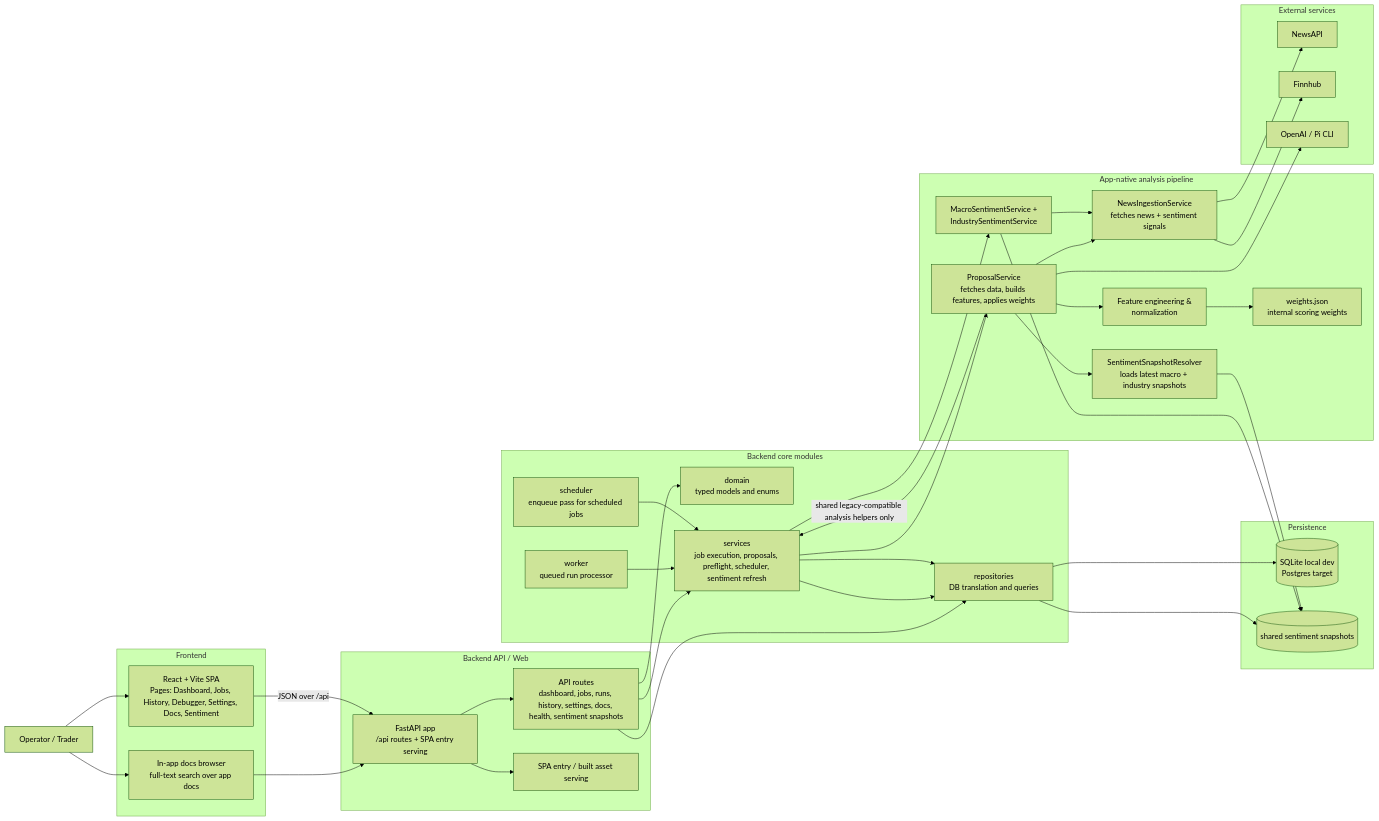
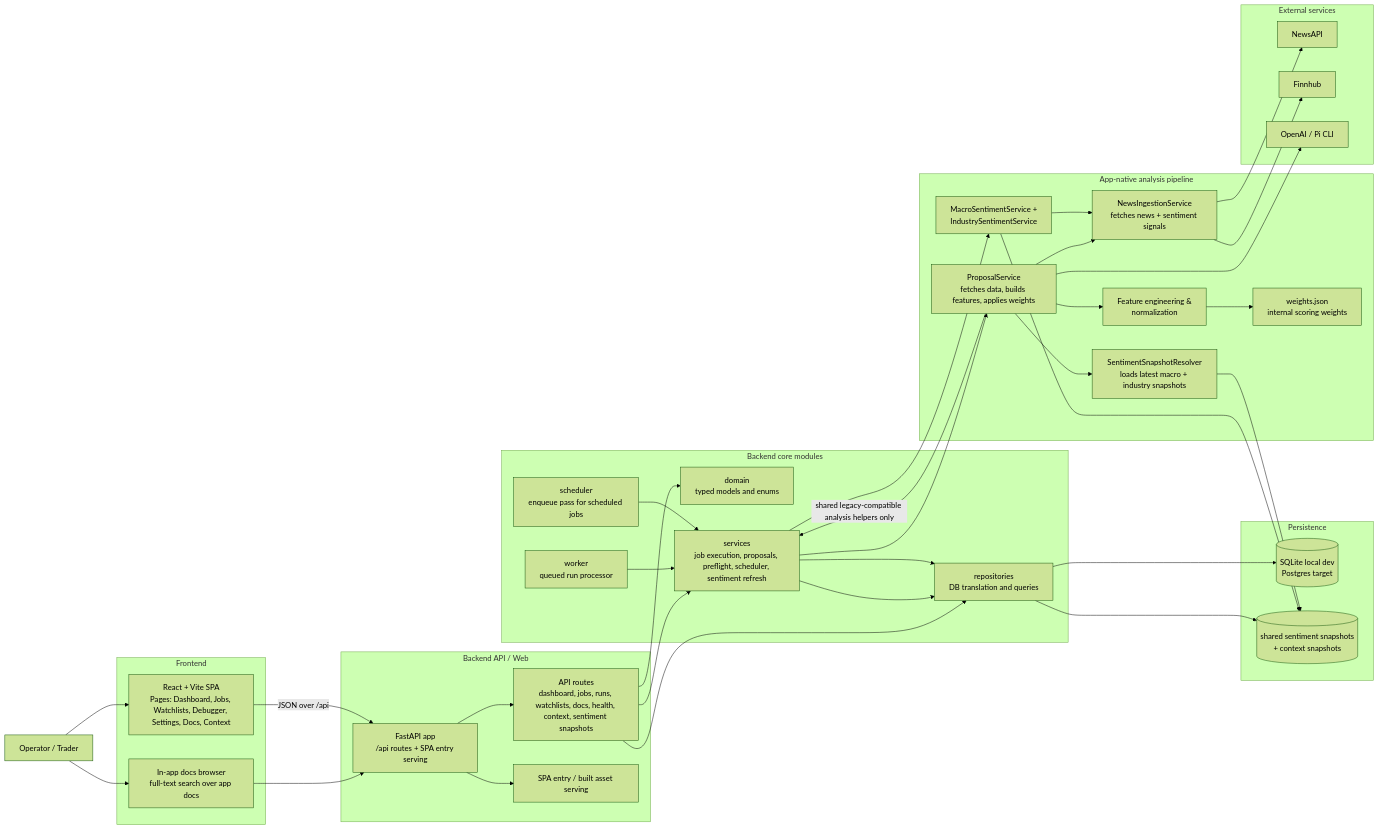
One commit to NLK511/essepoitenepenti changed the diagram in docs/architecture.md. Above: the diagram before and after it, drawn with Mermaid (forest theme). The commit also changed other lines of this file and 7 other files, not shown here.

````diff
--- a/docs/architecture.md
+++ b/docs/architecture.md
@@ -35,76 +36,76 @@
 ```mermaid
 flowchart LR
     User[Operator / Trader]
 
     subgraph Frontend[Frontend]
-        SPA[React + Vite SPA\nPages: Dashboard, Jobs, History, Debugger, Settings, Docs, Sentiment]
+        SPA[React + Vite SPA\nPages: Dashboard, Jobs, Watchlists, Debugger, Settings, Docs, Context]
         DocsUI[In-app docs browser\nfull-text search over app docs]
     end
 
     subgraph Backend[Backend API / Web]
         FastAPI[FastAPI app\n/api routes + SPA entry serving]
-        APIRoutes[API routes\ndashboard, jobs, runs, history, settings, docs, health, sentiment snapshots]
+        APIRoutes[API routes\ndashboard, jobs, runs, watchlists, docs, health, context, sentiment snapshots]
         WebEntry[SPA entry / built asset serving]
     end
 
     subgraph Core[Backend core modules]
         Domain[domain\ntyped models and enums]
         Repositories[repositories\nDB translation and queries]
         Services[services\njob execution, proposals, preflight, scheduler, sentiment refresh]
         Workers[worker\nqueued run processor]
         Scheduler[scheduler\nenqueue pass for scheduled jobs]
     end
 
     subgraph Storage[Persistence]
         DB[(SQLite local dev\nPostgres target)]
-        Snapshots[(shared sentiment snapshots)]
+        Snapshots[(shared sentiment snapshots\n+ context snapshots)]
     end
 
     subgraph Pipeline[App-native analysis pipeline]
         ProposalService[ProposalService\nfetches data, builds features, applies weights]
         SnapshotResolver[SentimentSnapshotResolver\nloads latest macro + industry snapshots]
         NewsIngestionService[NewsIngestionService\nfetches news + sentiment signals]
         FeatureEngine[Feature engineering &\nnormalization]
         Weights[weights.json\ninternal scoring weights]
         RefreshServices[MacroSentimentService +\nIndustrySentimentService]
     end
 
     subgraph External[External services]
         NewsAPI[NewsAPI]
         Finnhub[Finnhub]
         OptionalLLM[OpenAI / Pi CLI]
     end
 
     User --> SPA
     User --> DocsUI
     DocsUI --> FastAPI
     SPA -->|JSON over /api| FastAPI
     FastAPI --> APIRoutes
     FastAPI --> WebEntry
 
     APIRoutes --> Domain
     APIRoutes --> Repositories
     APIRoutes --> Services
     Workers --> Services
     Scheduler --> Services
     Services --> Repositories
     Repositories --> DB
     Repositories --> Snapshots
 
     Services --> ProposalService
     Services --> RefreshServices
     ProposalService --> SnapshotResolver
     ProposalService --> FeatureEngine
     ProposalService --> NewsIngestionService
     FeatureEngine --> Weights
     RefreshServices --> NewsIngestionService
     RefreshServices --> Snapshots
     SnapshotResolver --> Snapshots
 
     NewsIngestionService --> NewsAPI
     NewsIngestionService --> Finnhub
     ProposalService --> OptionalLLM
 
     ProposalService -->|shared legacy-compatible analysis helpers only| Services
     Services --> Repositories
 ```
````
